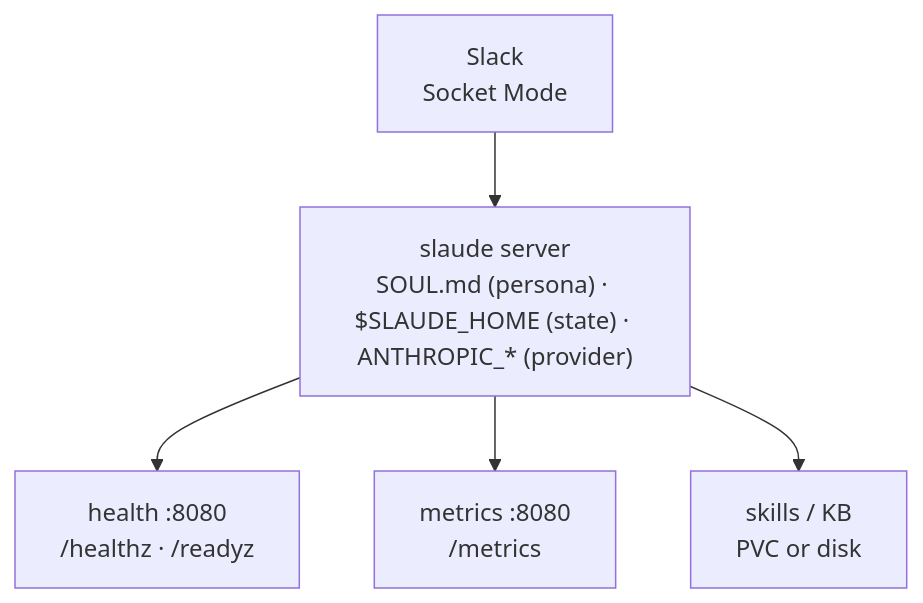
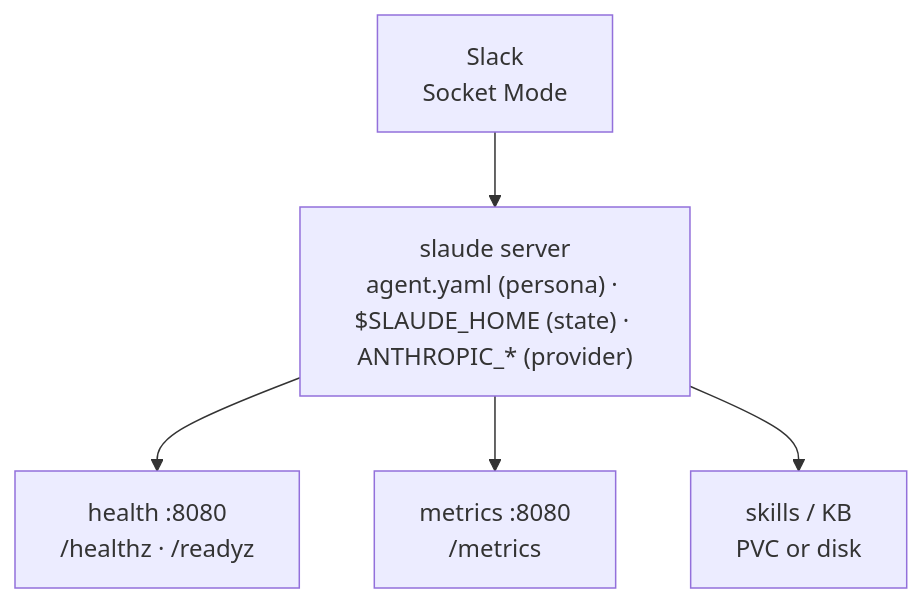
Before and after one commit to barockok/slaude: the diagram in docs/site/_content/deploy/index.md, drawn with Mermaid. The commit also changed other lines of this file and 74 other files, not shown here.

First line of the commit message:
feat: agent.yaml only, no soul extraction (rc.17) (#198)

````diff
--- a/docs/site/_content/deploy/index.md
+++ b/docs/site/_content/deploy/index.md
@@ -10,13 +10,13 @@
 ```mermaid
 flowchart TB
   Slack["Slack<br/>Socket Mode"]
-  Srv["slaude server<br/>SOUL.md (persona) · $SLAUDE_HOME (state) · ANTHROPIC_* (provider)"]
+  Srv["slaude server<br/>agent.yaml (persona) · $SLAUDE_HOME (state) · ANTHROPIC_* (provider)"]
   Health["health :8080<br/>/healthz · /readyz"]
   Metrics["metrics :8080<br/>/metrics"]
   Store["skills / KB<br/>PVC or disk"]
 
   Slack --> Srv
   Srv --> Health
   Srv --> Metrics
   Srv --> Store
 ```
````
